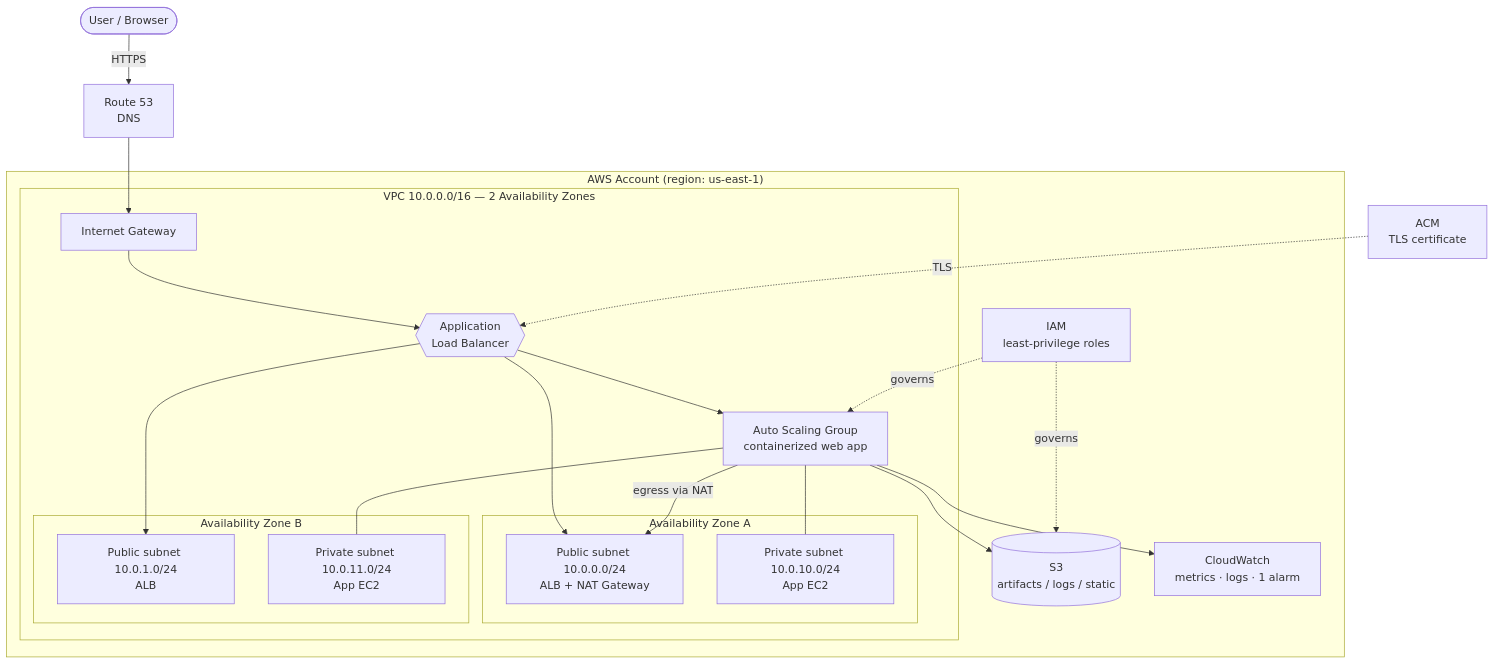
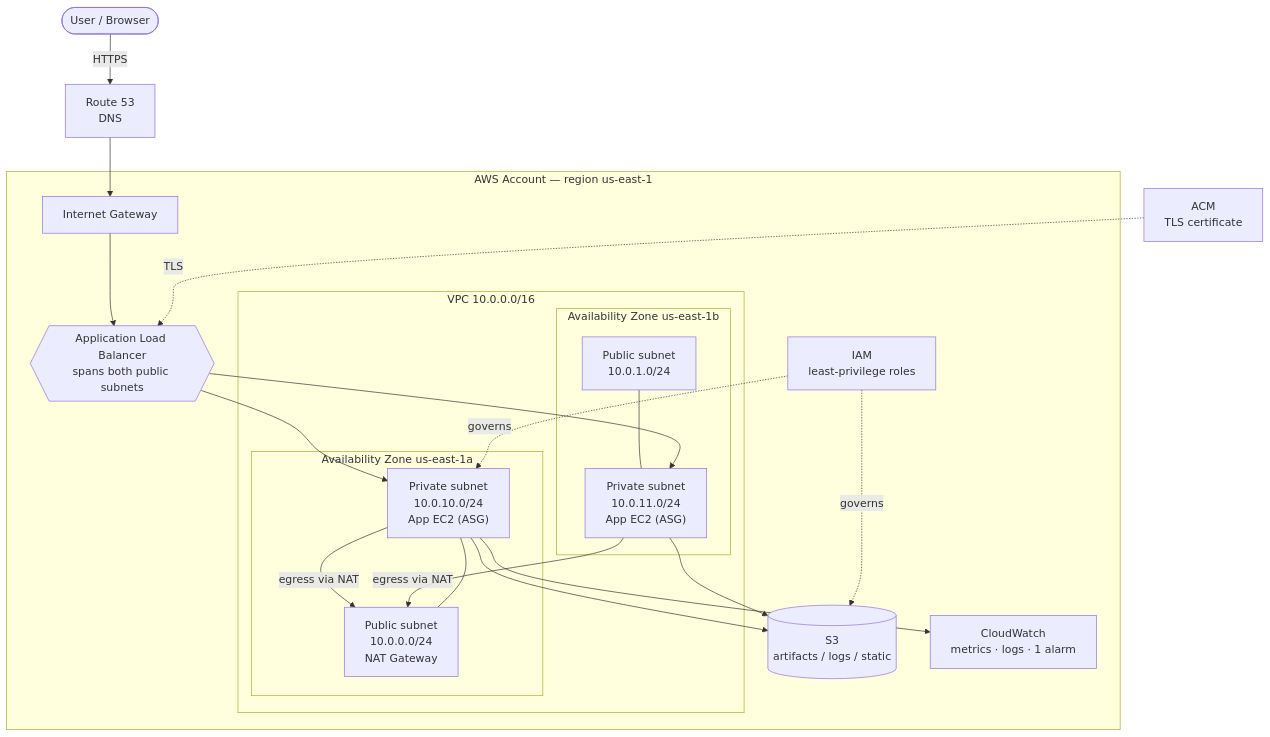
Before and after one commit to mkhosi-cpu/devops-production-platform: the diagram in docs/diagrams/month-01-architecture.md, drawn with Mermaid.

Commit message:
Fix Month 1 diagram so Availability Zones render correctly
Embed app EC2 inside each AZ's private subnet and move the ALB to the VPC
edge, removing the free-floating ALB/ASG nodes whose cross-subgraph edges
were breaking the AZ subgraph layout.

````diff
--- a/docs/diagrams/month-01-architecture.md
+++ b/docs/diagrams/month-01-architecture.md
@@ -9,45 +9,44 @@
 ```mermaid
 flowchart TB
     user([User / Browser])
     dns[Route 53<br/>DNS]
     acm[ACM<br/>TLS certificate]
 
     user -->|HTTPS| dns
 
-    subgraph AWS["AWS Account (region: us-east-1)"]
-        subgraph VPC["VPC 10.0.0.0/16 — 2 Availability Zones"]
-            igw[Internet Gateway]
+    subgraph AWS["AWS Account &mdash; region us-east-1"]
+        igw[Internet Gateway]
+        alb{{Application Load Balancer<br/>spans both public subnets}}
 
-            subgraph AZ1["Availability Zone A"]
-                pub1[Public subnet 10.0.0.0/24<br/>ALB + NAT Gateway]
-                priv1[Private subnet 10.0.10.0/24<br/>App EC2]
+        subgraph VPC["VPC 10.0.0.0/16"]
+            subgraph AZA["Availability Zone us-east-1a"]
+                pubA["Public subnet<br/>10.0.0.0/24<br/>NAT Gateway"]
+                privA["Private subnet<br/>10.0.10.0/24<br/>App EC2 (ASG)"]
+                pubA --- privA
             end
 
-            subgraph AZ2["Availability Zone B"]
-                pub2[Public subnet 10.0.1.0/24<br/>ALB]
-                priv2[Private subnet 10.0.11.0/24<br/>App EC2]
+            subgraph AZB["Availability Zone us-east-1b"]
+                pubB["Public subnet<br/>10.0.1.0/24"]
+                privB["Private subnet<br/>10.0.11.0/24<br/>App EC2 (ASG)"]
+                pubB --- privB
             end
-
-            alb{{Application<br/>Load Balancer}}
-            asg[Auto Scaling Group<br/>containerized web app]
         end
 
         s3[(S3<br/>artifacts / logs / static)]
         cw[CloudWatch<br/>metrics · logs · 1 alarm]
         iam[IAM<br/>least-privilege roles]
     end
 
     dns --> igw
     igw --> alb
     acm -.TLS.-> alb
-    alb --> pub1
-    alb --> pub2
-    alb --> asg
-    asg --- priv1
-    asg --- priv2
-    asg -->|egress via NAT| pub1
-    asg --> s3
-    asg --> cw
-    iam -.governs.-> asg
+    alb --> privA
+    alb --> privB
+    privA -->|egress via NAT| pubA
+    privB -->|egress via NAT| pubA
+    privA --> s3
+    privB --> s3
+    privA --> cw
+    iam -.governs.-> privA
     iam -.governs.-> s3
 ```
````
